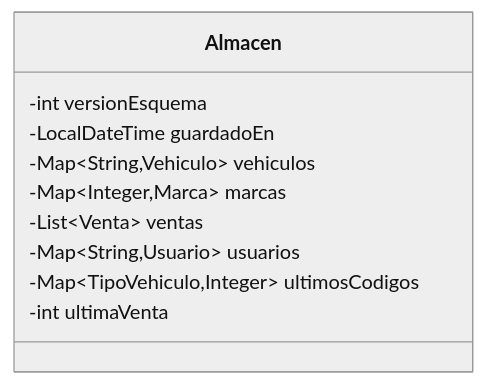
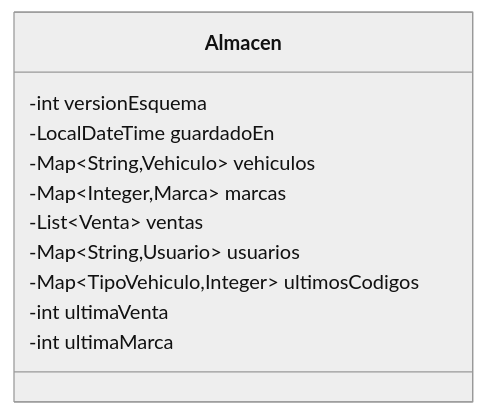
The fifth of 8 diagrams in docs/ARQUITECTURA.md (BalbianoLuciano/tfi-concesionaria-multimarca), drawn with Mermaid (neutral theme) before and after one commit. The commit also changed other lines of this file and 23 other files, not shown here.

````diff
--- a/docs/ARQUITECTURA.md
+++ b/docs/ARQUITECTURA.md
@@ -202,13 +208,14 @@
 ```mermaid
 classDiagram
     class Almacen {
         -int versionEsquema
         -LocalDateTime guardadoEn
         -Map~String,Vehiculo~ vehiculos
         -Map~Integer,Marca~ marcas
         -List~Venta~ ventas
         -Map~String,Usuario~ usuarios
         -Map~TipoVehiculo,Integer~ ultimosCodigos
         -int ultimaVenta
+        -int ultimaMarca
     }
 ```
````
